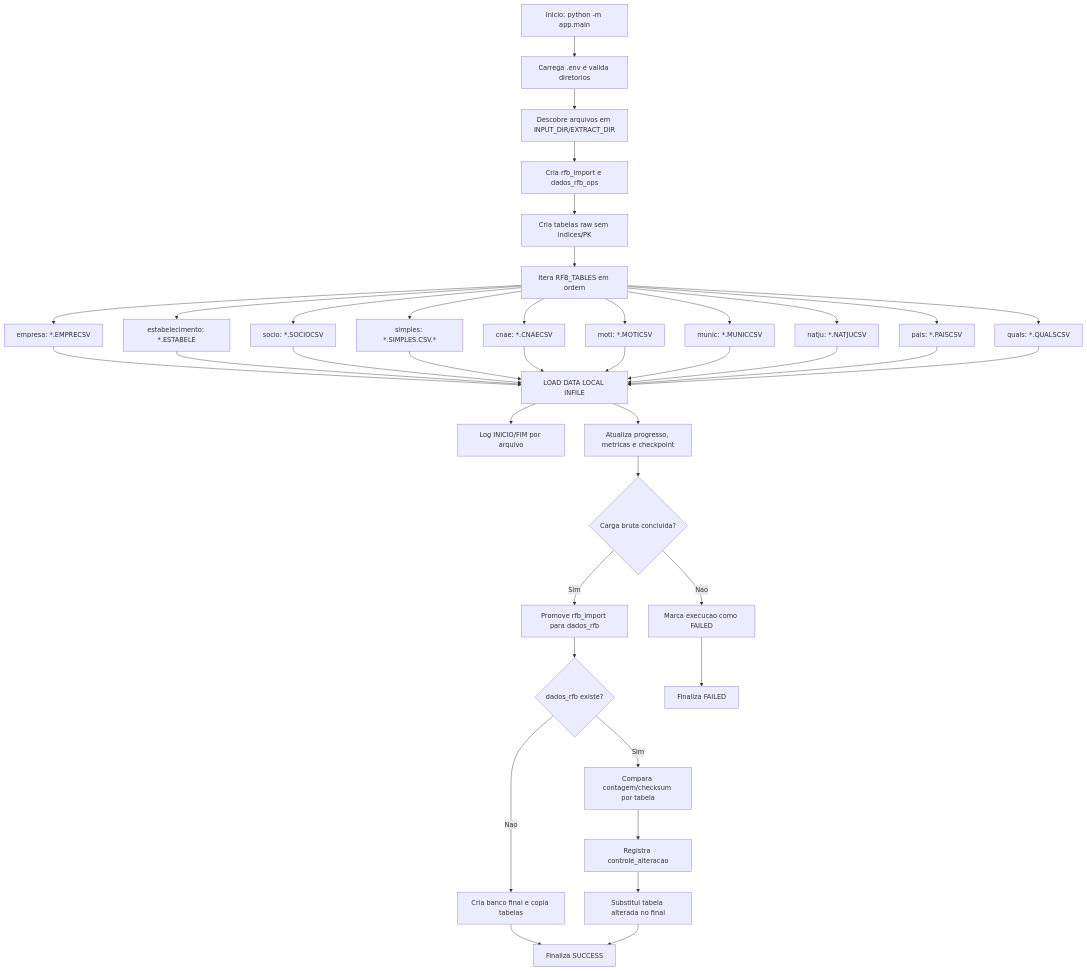
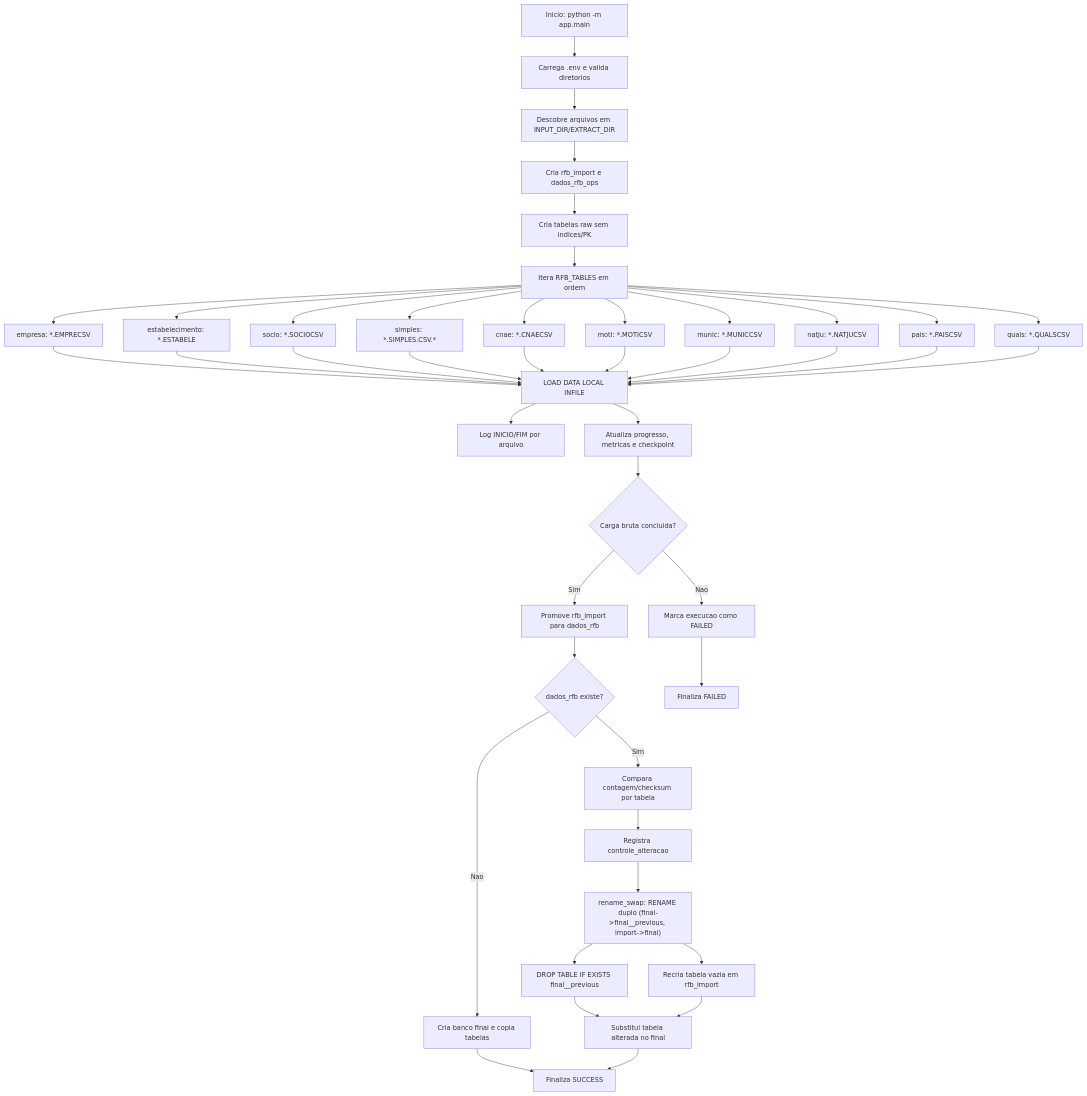
The diagram in docs/diagrams/etl-flow.mmd (vrelme/DADOS_RFB), drawn with Mermaid before and after one commit. The commit also changed 6 other files, not shown here.

```diff
--- a/docs/diagrams/etl-flow.mmd
+++ b/docs/diagrams/etl-flow.mmd
@@ -1,42 +1,46 @@
 flowchart TD
     Start["Inicio: python -m app.main"] --> Env["Carrega .env e valida diretorios"]
     Env --> Files["Descobre arquivos em INPUT_DIR/EXTRACT_DIR"]
     Files --> Schemas["Cria rfb_import e dados_rfb_ops"]
     Schemas --> RawTables["Cria tabelas raw sem indices/PK"]
     RawTables --> Manifest["Itera RFB_TABLES em ordem"]
 
     Manifest --> Empresa["empresa: *.EMPRECSV"]
     Manifest --> Estab["estabelecimento: *.ESTABELE"]
     Manifest --> Socio["socio: *.SOCIOCSV"]
     Manifest --> Simples["simples: *.SIMPLES.CSV.*"]
     Manifest --> Cnae["cnae: *.CNAECSV"]
     Manifest --> Moti["moti: *.MOTICSV"]
     Manifest --> Munic["munic: *.MUNICCSV"]
     Manifest --> Natju["natju: *.NATJUCSV"]
     Manifest --> Pais["pais: *.PAISCSV"]
     Manifest --> Quals["quals: *.QUALSCSV"]
 
     Empresa --> Load["LOAD DATA LOCAL INFILE"]
     Estab --> Load
     Socio --> Load
     Simples --> Load
     Cnae --> Load
     Moti --> Load
     Munic --> Load
     Natju --> Load
     Pais --> Load
     Quals --> Load
 
     Load --> LogFile["Log INICIO/FIM por arquivo"]
     Load --> Ops["Atualiza progresso, metricas e checkpoint"]
     Ops --> AllOk{"Carga bruta concluida?"}
     AllOk -->|Sim| Promote["Promove rfb_import para dados_rfb"]
     AllOk -->|Nao| Fail["Marca execucao como FAILED"]
     Promote --> Exists{"dados_rfb existe?"}
     Exists -->|Nao| CopyAll["Cria banco final e copia tabelas"]
     Exists -->|Sim| Compare["Compara contagem/checksum por tabela"]
     Compare --> Control["Registra controle_alteracao"]
     CopyAll --> End["Finaliza SUCCESS"]
-    Control --> Replace["Substitui tabela alterada no final"]
+    Control --> RenameSwap["rename_swap: RENAME duplo (final->final__previous, import->final)"]
+    RenameSwap --> DropBackup["DROP TABLE IF EXISTS final__previous"]
+    RenameSwap --> RecreateImport["Recria tabela vazia em rfb_import"]
+    DropBackup --> Replace["Substitui tabela alterada no final"]
+    RecreateImport --> Replace
     Replace --> End
     Fail --> EndFail["Finaliza FAILED"]
```
